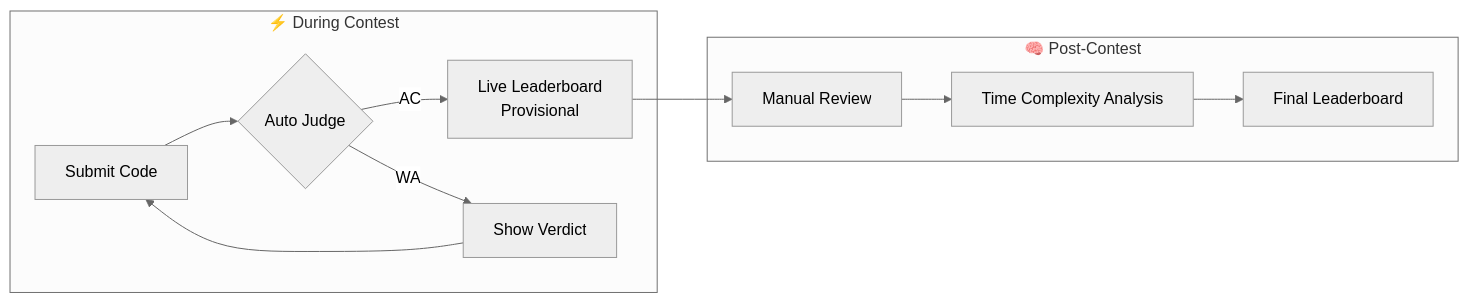
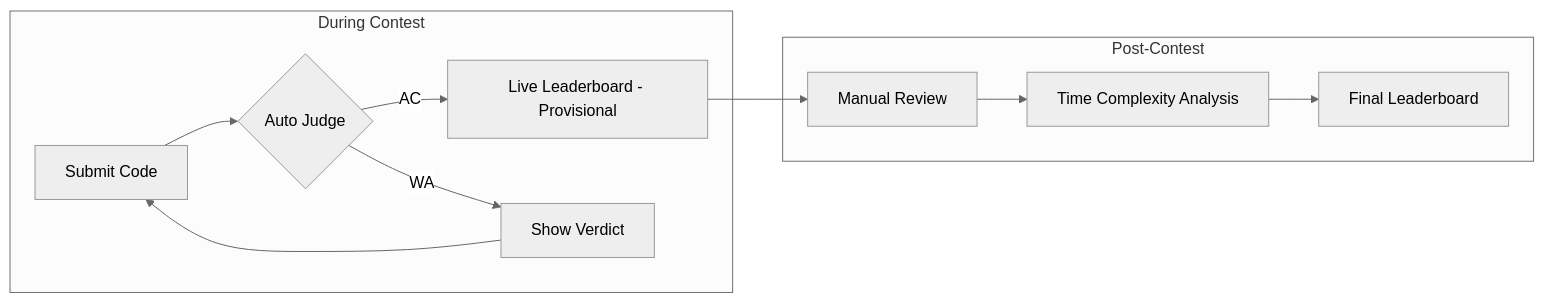
Before and after one commit to mrinmoyChakraborty-mrinox/ByteArena: the fourth of 8 diagrams in README.md, drawn with Mermaid (neutral theme). The commit also changed other lines of this file, not shown here.

First line of the commit message:
fix: resolve Mermaid diagram rendering issues on GitHub

````diff
--- a/README.md
+++ b/README.md
@@ -96,16 +104,16 @@
 ```mermaid
-graph LR
-    subgraph Live["⚡ During Contest"]
+flowchart LR
+    subgraph Live["During Contest"]
         A[Submit Code] --> B{Auto Judge}
-        B -->|AC| C[Live Leaderboard<br/>Provisional]
+        B -->|AC| C[Live Leaderboard - Provisional]
         B -->|WA| D[Show Verdict]
     end
 
-    subgraph Post["🧠 Post-Contest"]
+    subgraph Post["Post-Contest"]
         E[Manual Review] --> F[Time Complexity Analysis]
         F --> G[Final Leaderboard]
     end
 
     C --> E
     D --> A
 ```
````
